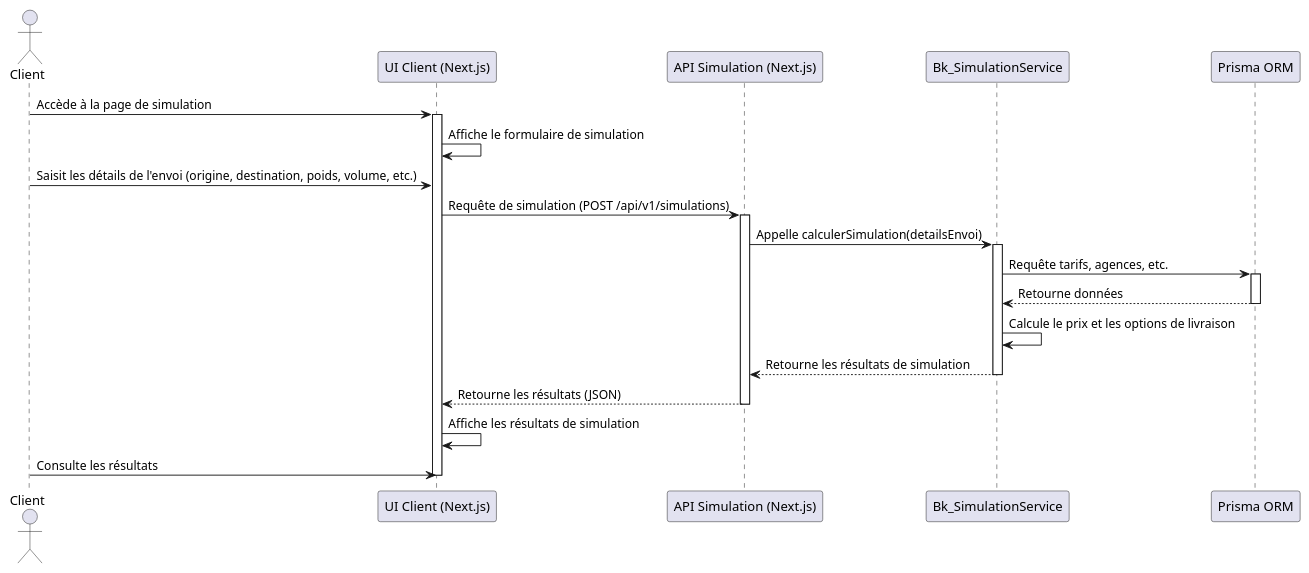
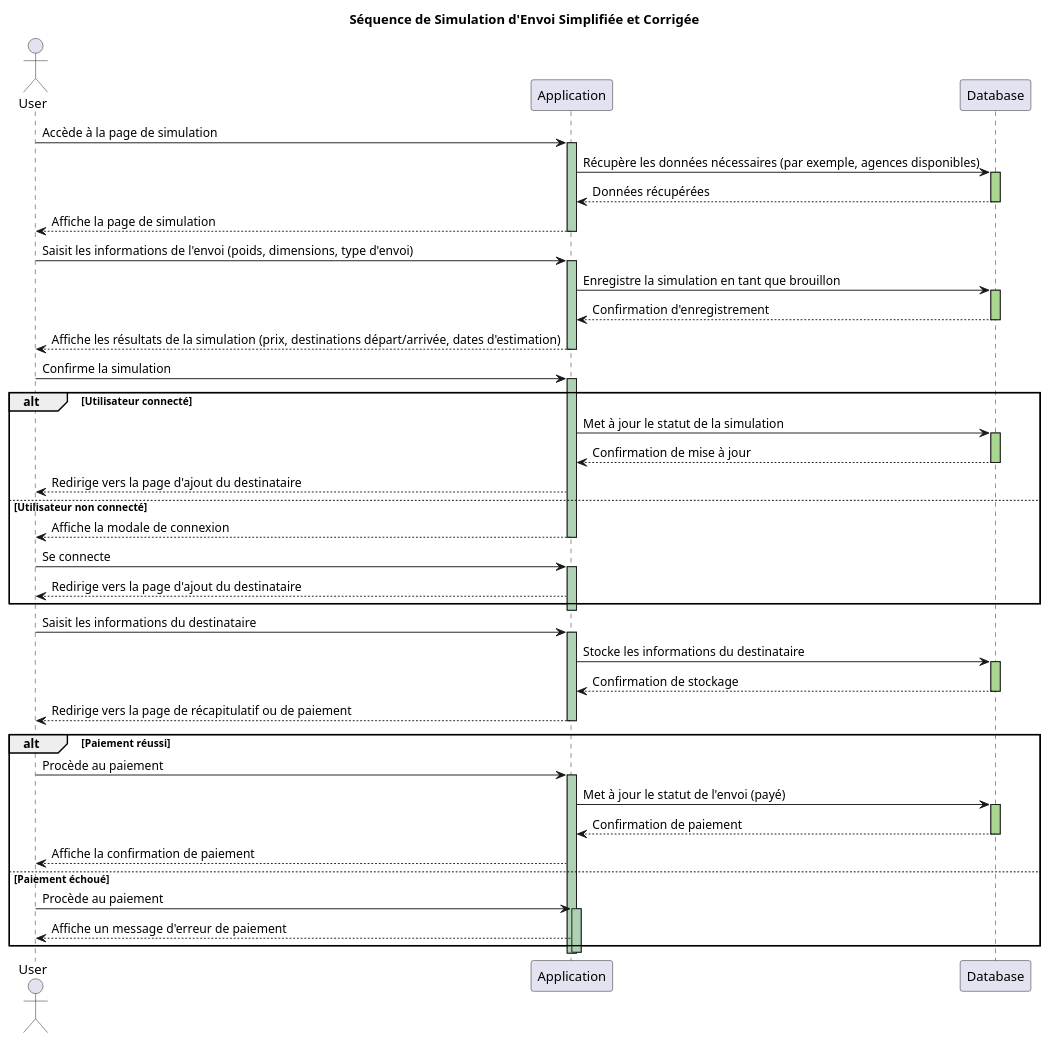
The diagram in analyses/UML/sequence_simulation_envoi.puml (Bentouhami/vercel-colis-app-nextjs), drawn with PlantUML before and after one commit. The commit also changed 80 other files, not shown here.

Commit message:
feat: Add comprehensive UML diagrams, frontend diagram, and update OpenAPI docs

```diff
--- a/analyses/UML/sequence_simulation_envoi.puml
+++ b/analyses/UML/sequence_simulation_envoi.puml
@@ -1,28 +1,67 @@
 @startuml
-actor Client
-participant "UI Client (Next.js)" as UI
-participant "API Simulation (Next.js)" as API
-participant "Bk_SimulationService" as Service
-participant "Prisma ORM" as Prisma
+title Séquence de Simulation d'Envoi Simplifiée et Corrigée
 
-Client -> UI: Accède à la page de simulation
-activate UI
-UI -> UI: Affiche le formulaire de simulation
-Client -> UI: Saisit les détails de l'envoi (origine, destination, poids, volume, etc.)
-UI -> API: Requête de simulation (POST /api/v1/simulations)
-activate API
-API -> Service: Appelle calculerSimulation(detailsEnvoi)
-activate Service
-Service -> Prisma: Requête tarifs, agences, etc.
-activate Prisma
-Prisma --> Service: Retourne données
-deactivate Prisma
-Service -> Service: Calcule le prix et les options de livraison
-Service --> API: Retourne les résultats de simulation
-deactivate Service
-API --> UI: Retourne les résultats (JSON)
-deactivate API
-UI -> UI: Affiche les résultats de simulation
-Client -> UI: Consulte les résultats
-deactivate UI
+actor User
+participant Application
+participant Database
+
+User -> Application: Accède à la page de simulation
+activate Application #ADD1B2
+Application -> Database: Récupère les données nécessaires (par exemple, agences disponibles)
+activate Database #A9D78F
+Database --> Application: Données récupérées
+deactivate Database
+Application --> User: Affiche la page de simulation
+deactivate Application
+
+User -> Application: Saisit les informations de l'envoi (poids, dimensions, type d'envoi)
+activate Application #ADD1B2
+Application -> Database: Enregistre la simulation en tant que brouillon
+activate Database #A9D78F
+Database --> Application: Confirmation d'enregistrement
+deactivate Database
+Application --> User: Affiche les résultats de la simulation (prix, destinations départ/arrivée, dates d'estimation)
+deactivate Application
+
+User -> Application: Confirme la simulation
+activate Application #ADD1B2
+alt Utilisateur connecté
+    Application -> Database: Met à jour le statut de la simulation
+    activate Database #A9D78F
+    Database --> Application: Confirmation de mise à jour
+    deactivate Database
+    Application --> User: Redirige vers la page d'ajout du destinataire
+else Utilisateur non connecté
+    Application --> User: Affiche la modale de connexion
+    deactivate Application
+    User -> Application: Se connecte
+    activate Application #ADD1B2
+    Application --> User: Redirige vers la page d'ajout du destinataire
+end
+deactivate Application
+
+User -> Application: Saisit les informations du destinataire
+activate Application #ADD1B2
+Application -> Database: Stocke les informations du destinataire
+activate Database #A9D78F
+Database --> Application: Confirmation de stockage
+deactivate Database
+Application --> User: Redirige vers la page de récapitulatif ou de paiement
+deactivate Application
+
+alt Paiement réussi
+    User -> Application: Procède au paiement
+    activate Application #ADD1B2
+    Application -> Database: Met à jour le statut de l'envoi (payé)
+    activate Database #A9D78F
+    Database --> Application: Confirmation de paiement
+    deactivate Database
+    Application --> User: Affiche la confirmation de paiement
+else Paiement échoué
+    User -> Application: Procède au paiement
+    activate Application #ADD1B2
+    Application --> User: Affiche un message d'erreur de paiement
+end
+deactivate Application
+
 @enduml
```
